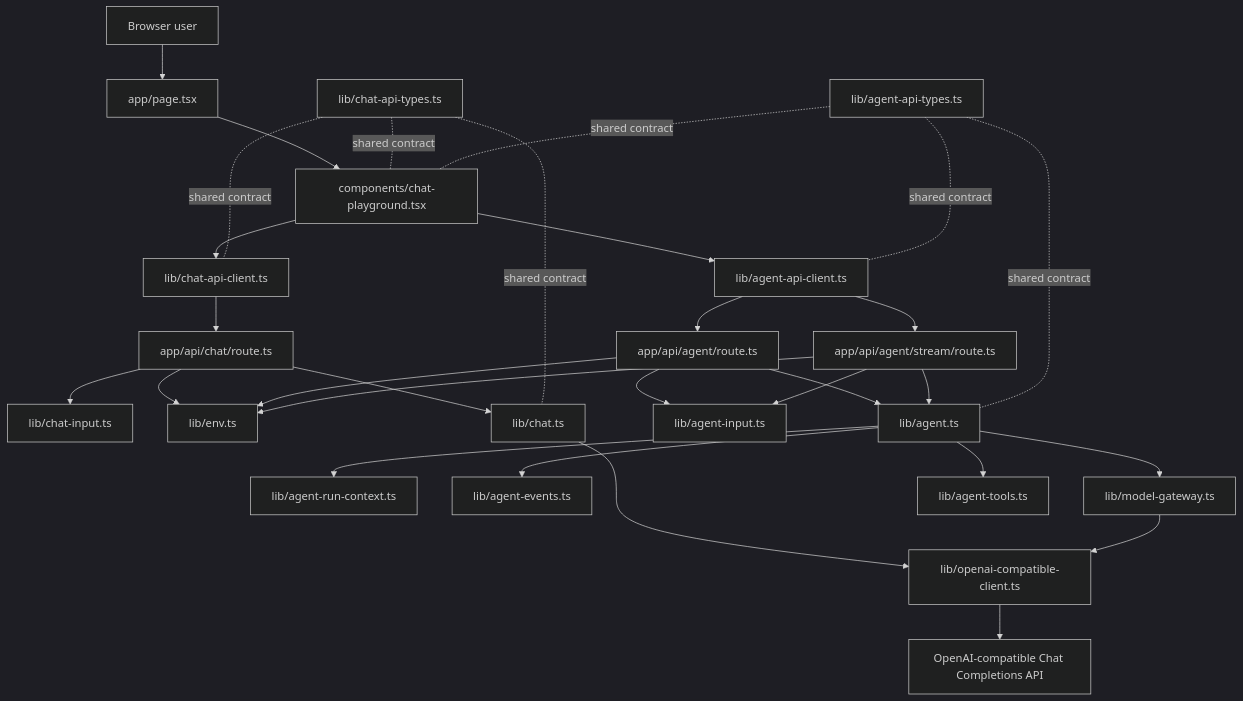
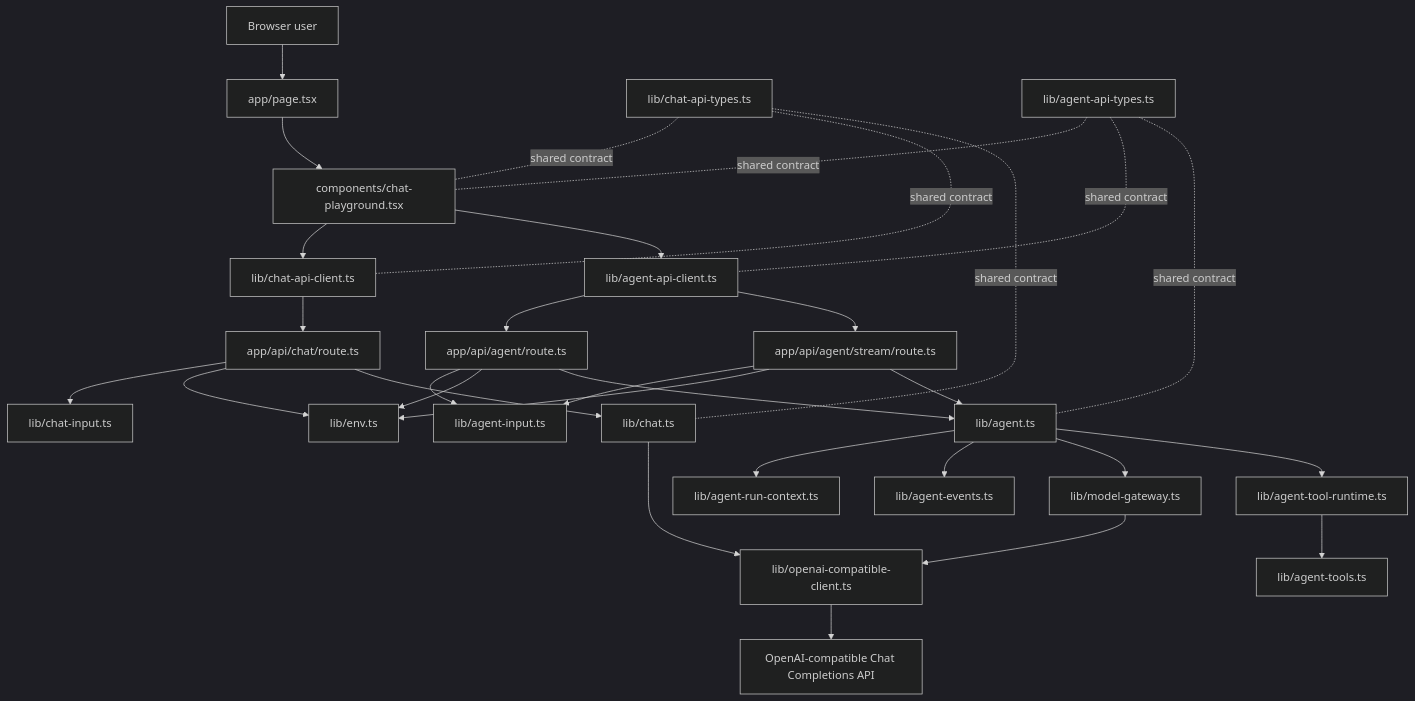
Before and after one commit to Liang-HZ/inspectable-agent-harness: the first of 3 diagrams in docs/architecture.md, drawn with Mermaid (dark theme). The commit also changed other lines of this file and 3 other files, not shown here.

Commit message:
Add agent tool runtime boundary

````diff
--- a/docs/architecture.md
+++ b/docs/architecture.md
@@ -21,36 +21,37 @@
 ```mermaid
 flowchart TD
   User[Browser user] --> Page[app/page.tsx]
   Page --> Playground[components/chat-playground.tsx]
   Playground --> BrowserClient[lib/chat-api-client.ts]
   Playground --> AgentBrowserClient[lib/agent-api-client.ts]
   BrowserClient --> ChatRoute[app/api/chat/route.ts]
   AgentBrowserClient --> AgentRoute[app/api/agent/route.ts]
   AgentBrowserClient --> AgentStreamRoute[app/api/agent/stream/route.ts]
 
   ChatRoute --> ChatInput[lib/chat-input.ts]
   ChatRoute --> Env[lib/env.ts]
   ChatRoute --> ChatService[lib/chat.ts]
 
   AgentRoute --> AgentInput[lib/agent-input.ts]
   AgentStreamRoute --> AgentInput
   AgentRoute --> Env
   AgentStreamRoute --> Env
   AgentRoute --> AgentService[lib/agent.ts]
   AgentStreamRoute --> AgentService
   AgentService --> AgentRunContext[lib/agent-run-context.ts]
   AgentService --> AgentEvents[lib/agent-events.ts]
   AgentService --> ModelGateway[lib/model-gateway.ts]
-  AgentService --> AgentTools[lib/agent-tools.ts]
+  AgentService --> ToolRuntime[lib/agent-tool-runtime.ts]
+  ToolRuntime --> AgentTools[lib/agent-tools.ts]
 
   ChatService --> OpenAIClient[lib/openai-compatible-client.ts]
   ModelGateway --> OpenAIClient
   OpenAIClient --> Provider[OpenAI-compatible Chat Completions API]
 
   SharedTypes[lib/chat-api-types.ts] -. shared contract .- Playground
   SharedTypes -. shared contract .- BrowserClient
   SharedTypes -. shared contract .- ChatService
   AgentTypes[lib/agent-api-types.ts] -. shared contract .- Playground
   AgentTypes -. shared contract .- AgentBrowserClient
   AgentTypes -. shared contract .- AgentService
 ```
````
